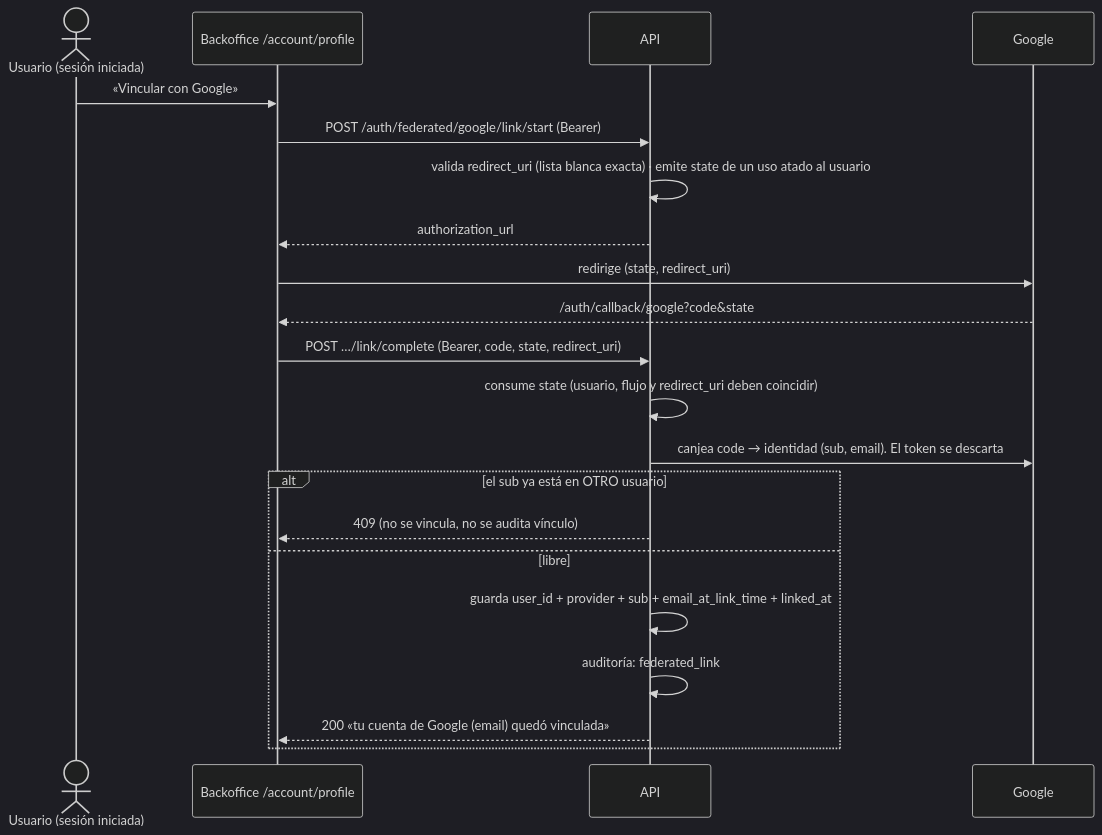
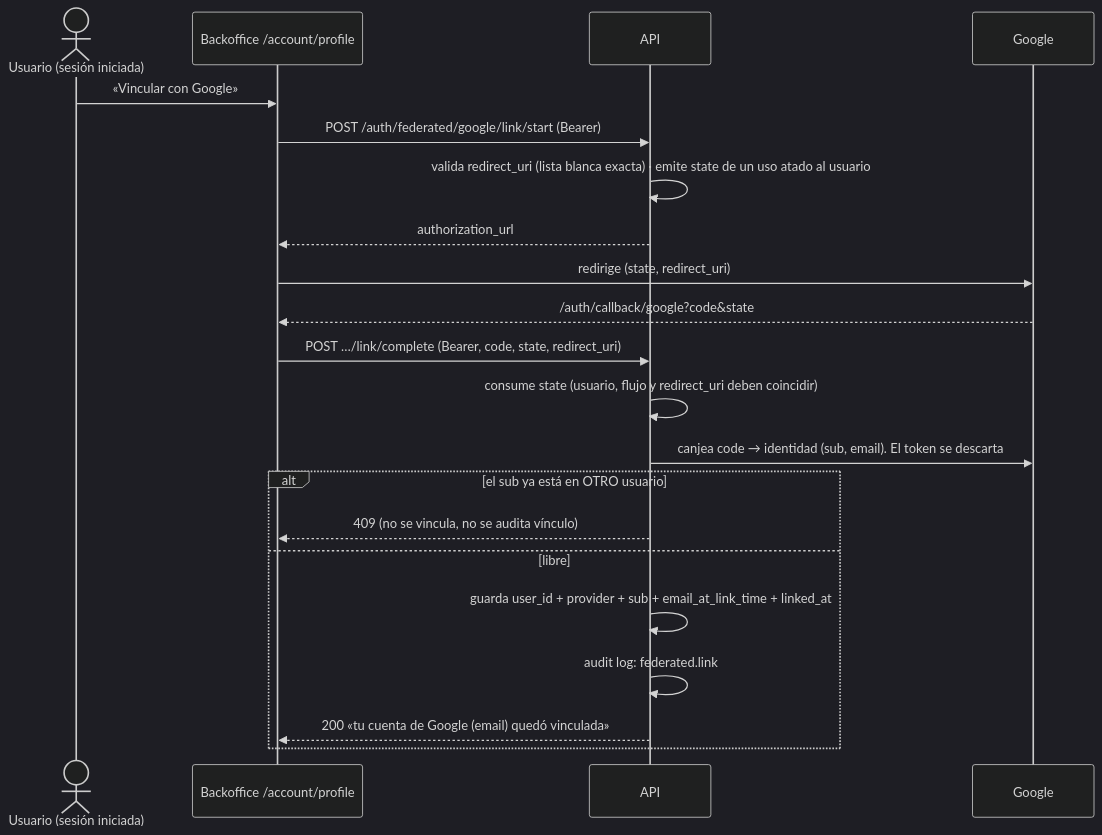
One commit to 4GeeksAcademy/aie-pt-3-brasaland-nestornegrin changed the first of 2 diagrams in docs/security/federated-auth.md. Above: the diagram before and after it, drawn with Mermaid (dark theme). The commit also changed other lines of this file and 37 other files, not shown here.

First line of the commit message:
feat(audit): audit log append-only con cadena HMAC, visor con alcance por departamento

````diff
--- a/docs/security/federated-auth.md
+++ b/docs/security/federated-auth.md
@@ -10,23 +10,23 @@
 ```mermaid
 sequenceDiagram
     actor U as Usuario (sesión iniciada)
     participant F as Backoffice /account/profile
     participant A as API
     participant G as Google
     U->>F: «Vincular con Google»
     F->>A: POST /auth/federated/google/link/start (Bearer)
     A->>A: valida redirect_uri (lista blanca exacta) · emite state de un uso atado al usuario
     A-->>F: authorization_url
     F->>G: redirige (state, redirect_uri)
     G-->>F: /auth/callback/google?code&state
     F->>A: POST …/link/complete (Bearer, code, state, redirect_uri)
     A->>A: consume state (usuario, flujo y redirect_uri deben coincidir)
     A->>G: canjea code → identidad (sub, email). El token se descarta
     alt el sub ya está en OTRO usuario
         A-->>F: 409 (no se vincula, no se audita vínculo)
     else libre
         A->>A: guarda user_id + provider + sub + email_at_link_time + linked_at
-        A->>A: auditoría: federated_link
+        A->>A: audit log: federated.link
         A-->>F: 200 «tu cuenta de Google (email) quedó vinculada»
     end
 ```
````
